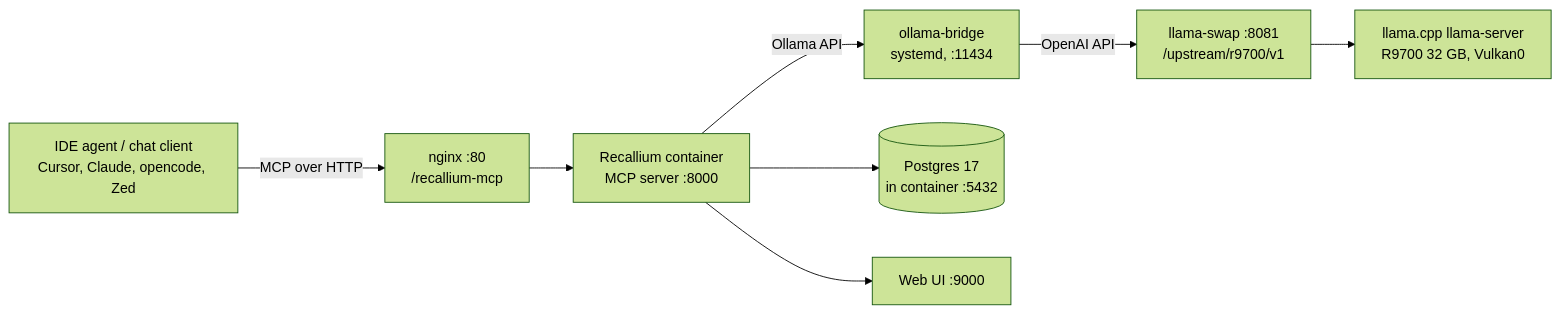
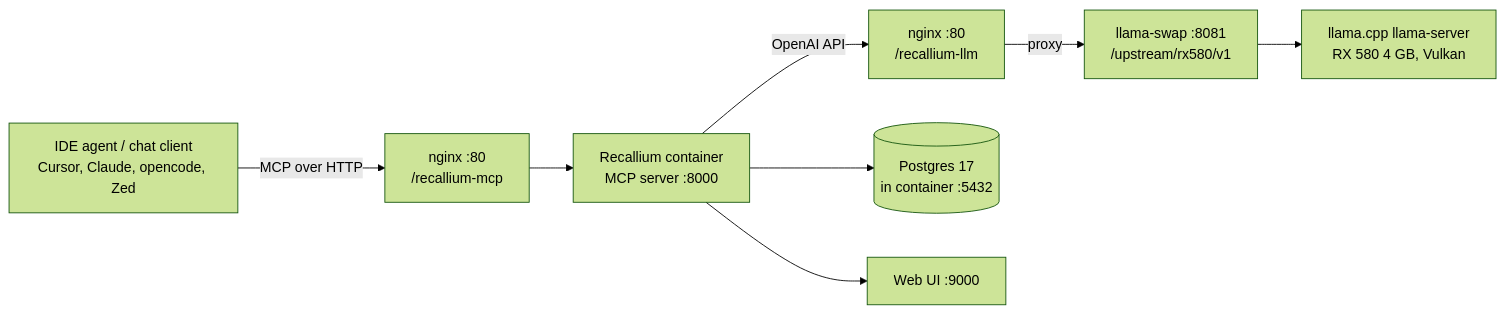
The diagram in docs/recallium.md (cjdell/nixos-config), drawn with Mermaid (forest theme) before and after one commit. The commit also changed other lines of this file and 3 other files, not shown here.

````diff
--- a/docs/recallium.md
+++ b/docs/recallium.md
@@ -18,10 +18,10 @@
 ```mermaid
 flowchart LR
     Agent[IDE agent / chat client<br/>Cursor, Claude, opencode, Zed] -->|MCP over HTTP| Nginx[nginx :80<br/>/recallium-mcp]
     Nginx --> MCP[Recallium container<br/>MCP server :8000]
-    MCP -->|Ollama API| Bridge[ollama-bridge<br/>systemd, :11434]
-    Bridge -->|OpenAI API| Swap[llama-swap :8081<br/>/upstream/r9700/v1]
-    Swap --> CPP[llama.cpp llama-server<br/>R9700 32 GB, Vulkan0]
+    MCP -->|OpenAI API| Nginx2[nginx :80<br/>/recallium-llm]
+    Nginx2 -->|proxy| Swap[llama-swap :8081<br/>/upstream/rx580/v1]
+    Swap --> CPP[llama.cpp llama-server<br/>RX 580 4 GB, Vulkan]
     MCP --> PG[(Postgres 17<br/>in container :5432)]
     MCP --> UI[Web UI :9000]
 ```
````
